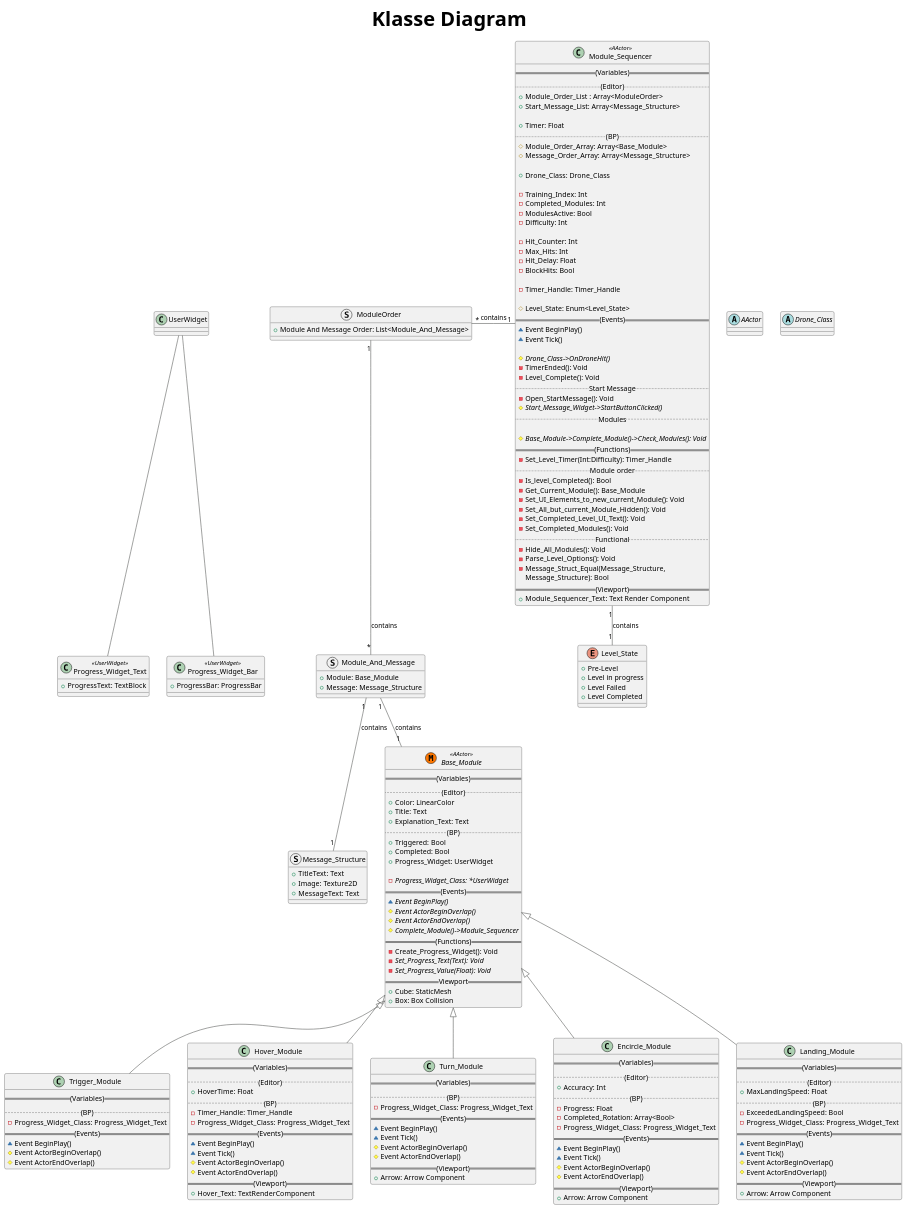
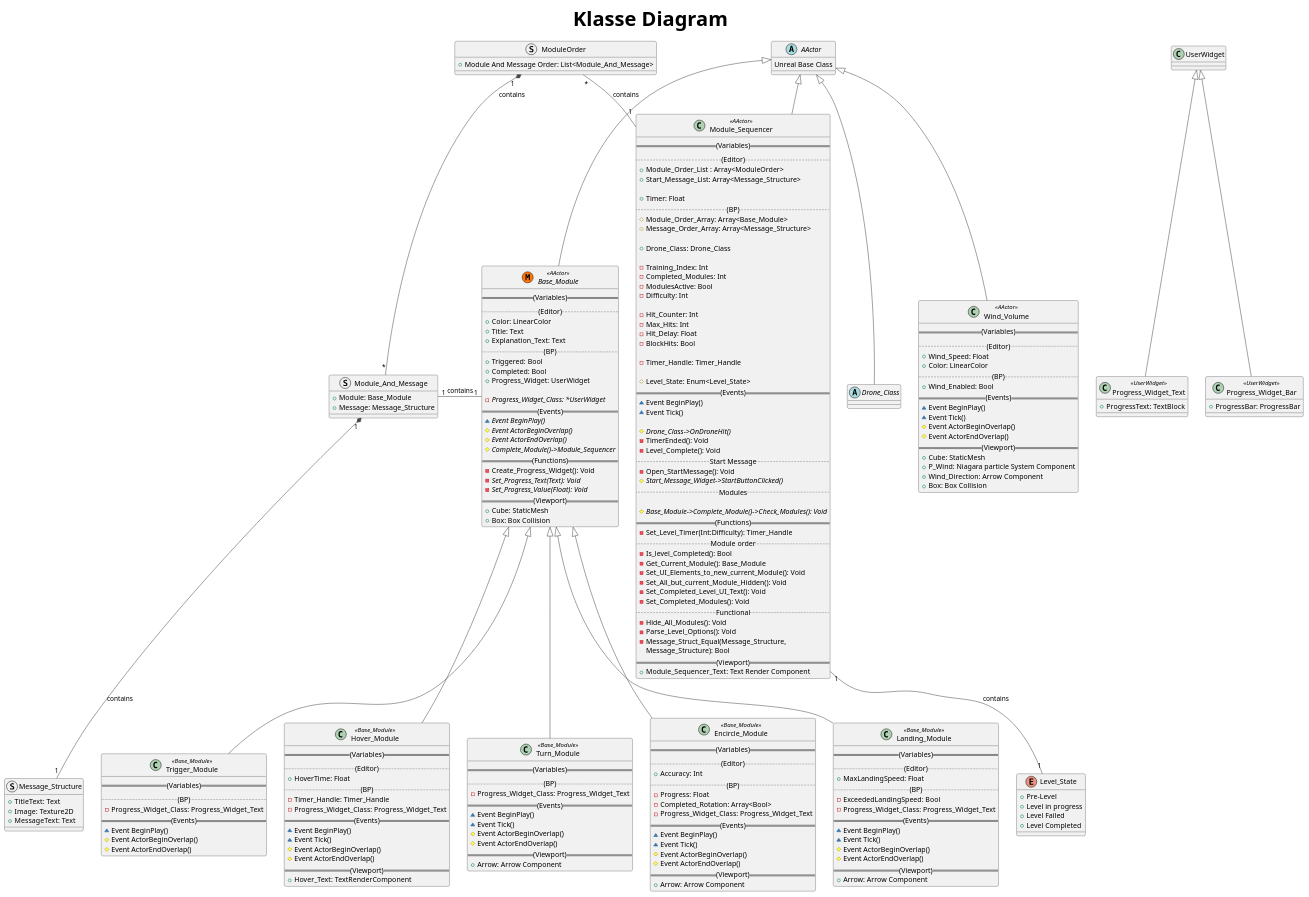
Before and after one commit to KingPungy/Drone_Simulation_UE: the diagram in Script/PlantUML/ClassDiagram.puml, drawn with PlantUML. The commit also changed 1 other file, not shown here.

Commit message:
update PlantUML Diagram file

```diff
--- a/Script/PlantUML/ClassDiagram.puml
+++ b/Script/PlantUML/ClassDiagram.puml
@@ -6,10 +6,11 @@
 
 
 Abstract Class AActor{
+    Unreal Base Class
 }
 
 
-Abstract class Drone_Class {
+Abstract class Drone_Class extends AActor {
 }
 
 Struct ModuleOrder {
@@ -34,18 +35,18 @@
     + Level Completed
 }
 
-class Progress_Widget_Text <<UserWidget>>
+class Progress_Widget_Text <<UserWidget>> extends UserWidget
 {
     + ProgressText: TextBlock
 }
 
-class Progress_Widget_Bar <<UserWidget>>
+class Progress_Widget_Bar <<UserWidget>> extends UserWidget
 {
     + ProgressBar: ProgressBar
 }
 
 
-Abstract Base_Module << (M,#FF7700) AActor>>
+Abstract Base_Module << (M,#FF7700) AActor>> extends AActor
 {
     ==(Variables)==
     ..(Editor)..
@@ -67,12 +68,14 @@
     - Create_Progress_Widget(): Void
     - {abstract} Set_Progress_Text(Text): Void
     - {abstract} Set_Progress_Value(Float): Void
-    ==Viewport==
+    ==(Viewport)==
     + Cube: StaticMesh
     + Box: Box Collision
 }
 
-Class Trigger_Module extends Base_Module
+
+
+Class Trigger_Module <<Base_Module>> extends Base_Module
 {
     ==(Variables)==
     ..(BP)..
@@ -83,7 +86,7 @@
     # Event ActorEndOverlap()
 }
 
-Class Hover_Module extends Base_Module
+Class Hover_Module <<Base_Module>> extends Base_Module
 {
     ==(Variables)==
     ..(Editor)..
@@ -100,7 +103,7 @@
     + Hover_Text: TextRenderComponent
 }
 
-Class Turn_Module extends Base_Module
+Class Turn_Module <<Base_Module>> extends Base_Module
 {
     ==(Variables)==
     ..(BP)..
@@ -114,7 +117,7 @@
     + Arrow: Arrow Component
 }
 
-Class Encircle_Module extends Base_Module
+Class Encircle_Module <<Base_Module>> extends Base_Module
 {
     ==(Variables)==
     ..(Editor)..
@@ -132,7 +135,7 @@
     + Arrow: Arrow Component
 }
 
-Class Landing_Module extends Base_Module
+Class Landing_Module <<Base_Module>> extends Base_Module
 {
     ==(Variables)==
     ..(Editor)..
@@ -149,8 +152,28 @@
     + Arrow: Arrow Component
 }
 
+Class Wind_Volume <<AActor>> extends AActor
+{
+    ==(Variables)==
+    ..(Editor)..
+    + Wind_Speed: Float
+    + Color: LinearColor
+    ..(BP)..
+    + Wind_Enabled: Bool
+    ==(Events)==
+    ~ Event BeginPlay()
+    ~ Event Tick()
+    # Event ActorBeginOverlap()
+    # Event ActorEndOverlap()
+    ==(Viewport)==
+    + Cube: StaticMesh
+    + P_Wind: Niagara particle System Component
+    + Wind_Direction: Arrow Component
+    + Box: Box Collision
+}
 
-Class Module_Sequencer <<AActor>>
+
+Class Module_Sequencer <<AActor>> extends AActor
 {
     ==(Variables)==
     ..(Editor)..
@@ -209,17 +232,26 @@
 }
 
 
+' AActor -- Module_Sequencer
+' AActor -- Drone_Class
+' AActor -- Base_Module
+' AActor -- Wind_Volume
+
+' Progress_Widget_Bar -up- UserWidget
+' Progress_Widget_Text -up- UserWidget
+
+
 
 Module_Sequencer "1" -left- "*" ModuleOrder: contains
 Module_Sequencer "1" -- "1" Level_State: contains
 
 
 
-ModuleOrder "1" -- "*" Module_And_Message : contains
-Module_And_Message "1" -- "1" Message_Structure : contains
-Module_And_Message "1" -- "1" Base_Module: contains
 
-Progress_Widget_Bar -up- UserWidget
-Progress_Widget_Text -up- UserWidget
+ModuleOrder "1" *-down- "*" Module_And_Message : contains
+Module_And_Message "1" *-down- "1" Message_Structure : contains
+
+Base_Module "1"-left- "1" Module_And_Message: contains
+
 
 @enduml
```
